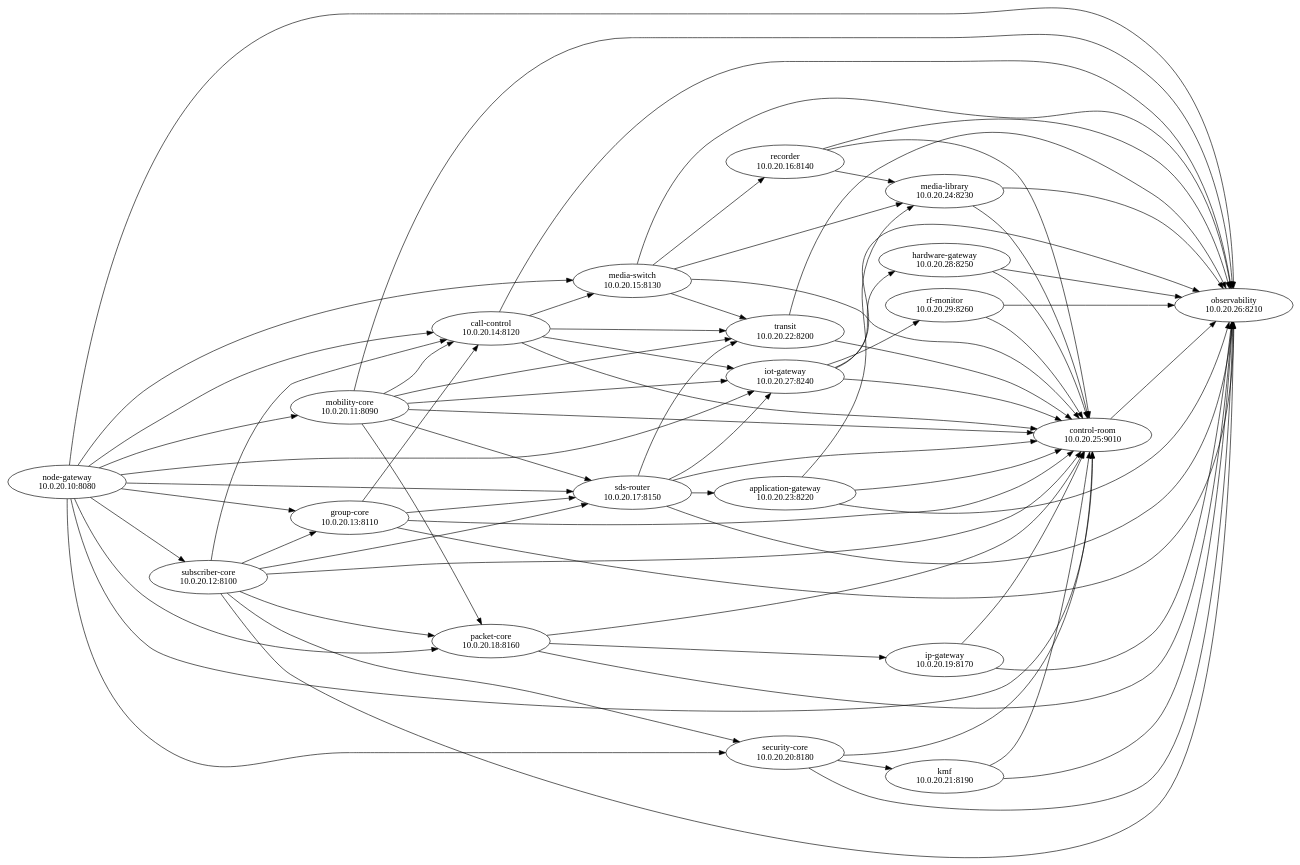
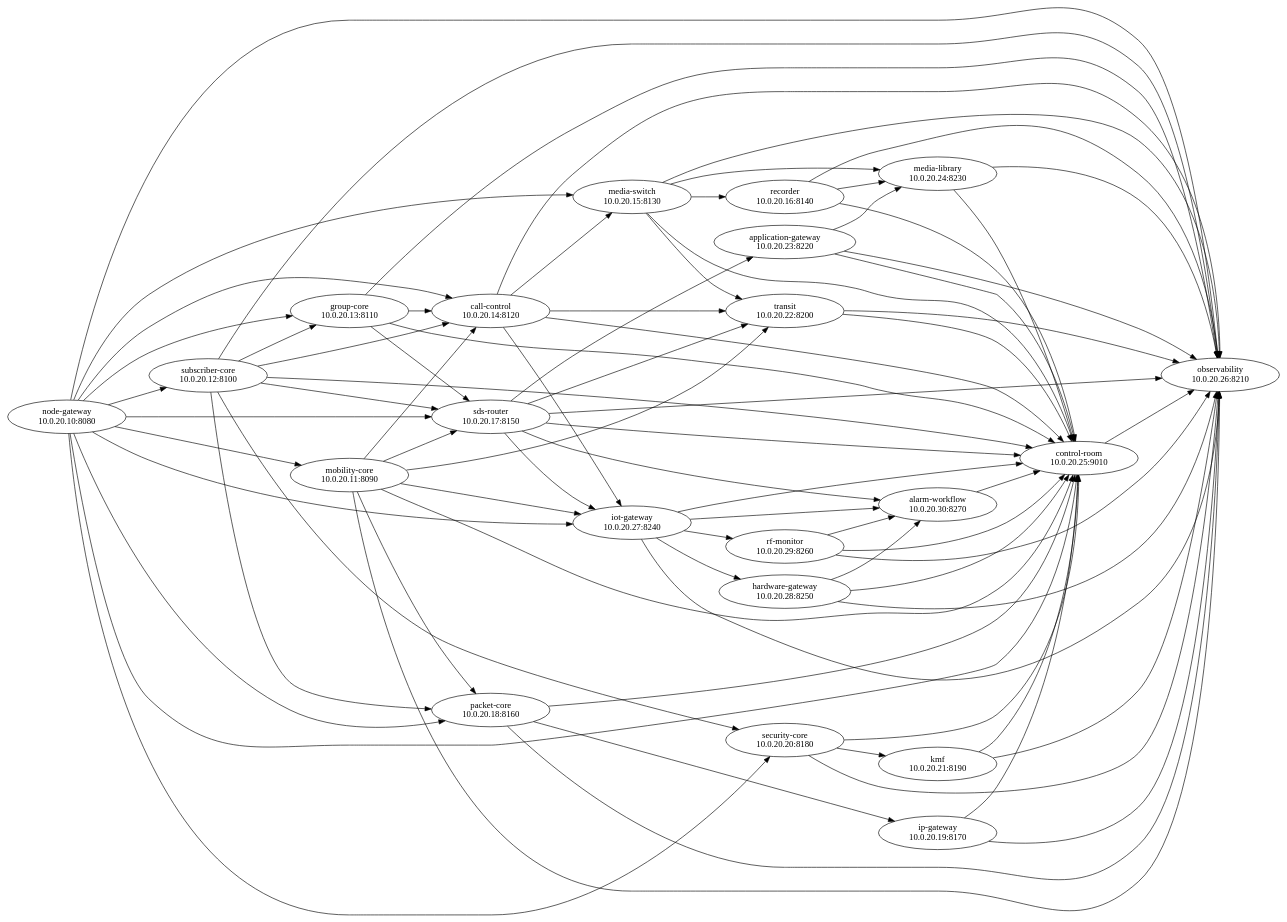
The diagram in deploy/open-lab/generated/dependency-graph.dot (JanHG98/netcore-tetra), drawn with Graphviz before and after one commit. The commit also changed 40 other files, not shown here.

First line of the commit message:
Add alarm-workflow service (Phase 8)

```diff
--- a/deploy/open-lab/generated/dependency-graph.dot
+++ b/deploy/open-lab/generated/dependency-graph.dot
@@ -1,96 +1,102 @@
 digraph netcore_open_lab {
   rankdir=LR;
   "node-gateway" [label="node-gateway\n10.0.20.10:8080"];
   "mobility-core" [label="mobility-core\n10.0.20.11:8090"];
   "node-gateway" -> "mobility-core";
   "subscriber-core" [label="subscriber-core\n10.0.20.12:8100"];
   "node-gateway" -> "subscriber-core";
   "group-core" [label="group-core\n10.0.20.13:8110"];
   "node-gateway" -> "group-core";
   "subscriber-core" -> "group-core";
   "call-control" [label="call-control\n10.0.20.14:8120"];
   "node-gateway" -> "call-control";
   "subscriber-core" -> "call-control";
   "group-core" -> "call-control";
   "mobility-core" -> "call-control";
   "media-switch" [label="media-switch\n10.0.20.15:8130"];
   "node-gateway" -> "media-switch";
   "call-control" -> "media-switch";
   "recorder" [label="recorder\n10.0.20.16:8140"];
   "media-switch" -> "recorder";
   "sds-router" [label="sds-router\n10.0.20.17:8150"];
   "node-gateway" -> "sds-router";
   "subscriber-core" -> "sds-router";
   "group-core" -> "sds-router";
   "mobility-core" -> "sds-router";
   "packet-core" [label="packet-core\n10.0.20.18:8160"];
   "node-gateway" -> "packet-core";
   "subscriber-core" -> "packet-core";
   "mobility-core" -> "packet-core";
   "ip-gateway" [label="ip-gateway\n10.0.20.19:8170"];
   "packet-core" -> "ip-gateway";
   "security-core" [label="security-core\n10.0.20.20:8180"];
   "node-gateway" -> "security-core";
   "subscriber-core" -> "security-core";
   "kmf" [label="kmf\n10.0.20.21:8190"];
   "security-core" -> "kmf";
   "transit" [label="transit\n10.0.20.22:8200"];
   "mobility-core" -> "transit";
   "call-control" -> "transit";
   "media-switch" -> "transit";
   "sds-router" -> "transit";
   "application-gateway" [label="application-gateway\n10.0.20.23:8220"];
   "sds-router" -> "application-gateway";
   "media-library" [label="media-library\n10.0.20.24:8230"];
   "media-switch" -> "media-library";
   "recorder" -> "media-library";
   "application-gateway" -> "media-library";
   "control-room" [label="control-room\n10.0.20.25:9010"];
   "node-gateway" -> "control-room";
   "subscriber-core" -> "control-room";
   "group-core" -> "control-room";
   "mobility-core" -> "control-room";
   "call-control" -> "control-room";
   "media-switch" -> "control-room";
   "recorder" -> "control-room";
   "sds-router" -> "control-room";
   "packet-core" -> "control-room";
   "ip-gateway" -> "control-room";
   "security-core" -> "control-room";
   "kmf" -> "control-room";
   "transit" -> "control-room";
   "application-gateway" -> "control-room";
   "media-library" -> "control-room";
   "iot-gateway" -> "control-room";
   "hardware-gateway" -> "control-room";
   "rf-monitor" -> "control-room";
+  "alarm-workflow" -> "control-room";
   "observability" [label="observability\n10.0.20.26:8210"];
   "node-gateway" -> "observability";
   "subscriber-core" -> "observability";
   "group-core" -> "observability";
   "mobility-core" -> "observability";
   "call-control" -> "observability";
   "media-switch" -> "observability";
   "recorder" -> "observability";
   "sds-router" -> "observability";
   "packet-core" -> "observability";
   "ip-gateway" -> "observability";
   "security-core" -> "observability";
   "kmf" -> "observability";
   "transit" -> "observability";
   "application-gateway" -> "observability";
   "media-library" -> "observability";
   "iot-gateway" -> "observability";
   "hardware-gateway" -> "observability";
   "rf-monitor" -> "observability";
   "control-room" -> "observability";
   "iot-gateway" [label="iot-gateway\n10.0.20.27:8240"];
   "node-gateway" -> "iot-gateway";
   "mobility-core" -> "iot-gateway";
   "call-control" -> "iot-gateway";
   "sds-router" -> "iot-gateway";
   "hardware-gateway" [label="hardware-gateway\n10.0.20.28:8250"];
   "iot-gateway" -> "hardware-gateway";
   "rf-monitor" [label="rf-monitor\n10.0.20.29:8260"];
   "iot-gateway" -> "rf-monitor";
+  "alarm-workflow" [label="alarm-workflow\n10.0.20.30:8270"];
+  "iot-gateway" -> "alarm-workflow";
+  "sds-router" -> "alarm-workflow";
+  "hardware-gateway" -> "alarm-workflow";
+  "rf-monitor" -> "alarm-workflow";
 }
```
